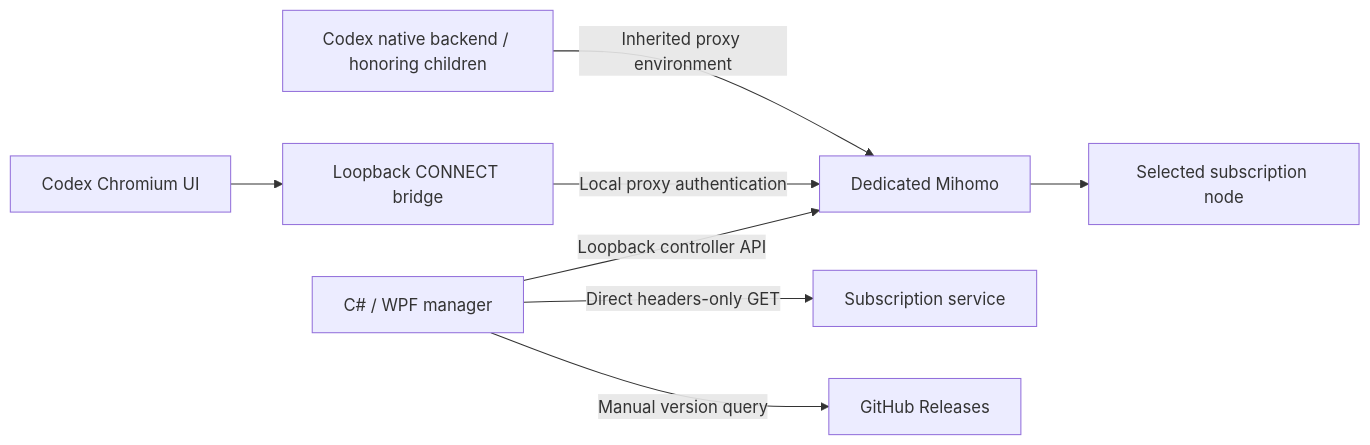
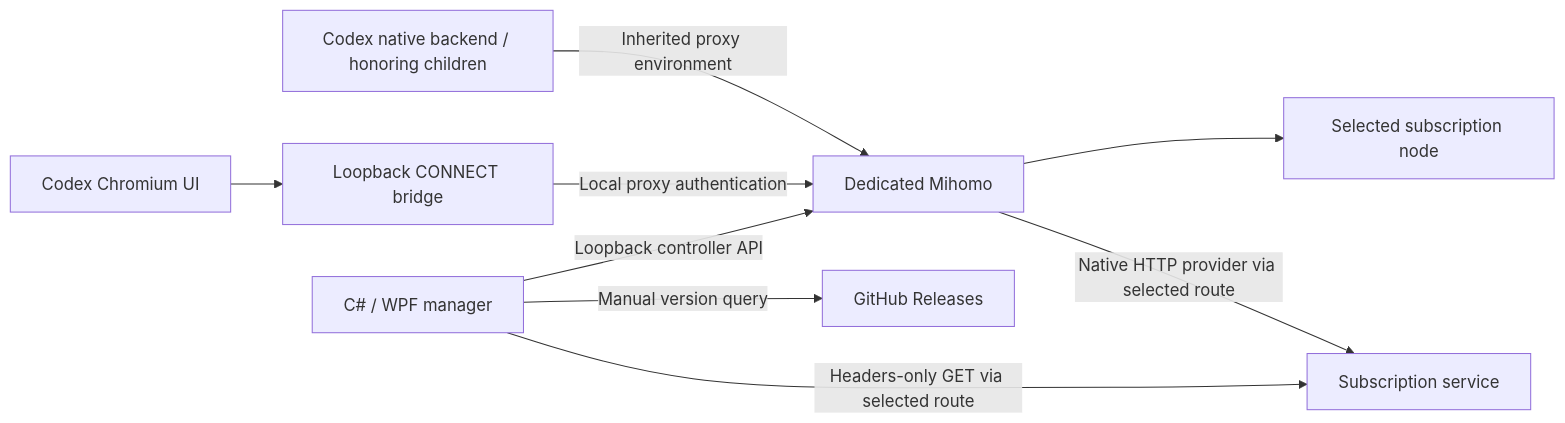
The diagram in docs/ARCHITECTURE.md (tangboys/CodexProxy), drawn with Mermaid before and after one commit. The commit also changed other lines of this file and 27 other files, not shown here.

````diff
--- a/docs/ARCHITECTURE.md
+++ b/docs/ARCHITECTURE.md
@@ -5,10 +5,11 @@
 ```mermaid
 flowchart LR
   UI["C# / WPF manager"] -->|"Loopback controller API"| Core["Dedicated Mihomo"]
   Desktop["Codex Chromium UI"] --> Bridge["Loopback CONNECT bridge"]
   Bridge -->|"Local proxy authentication"| Core
   Backend["Codex native backend / honoring children"] -->|"Inherited proxy environment"| Core
   Core --> Node["Selected subscription node"]
-  UI -->|"Direct headers-only GET"| Provider["Subscription service"]
+  UI -->|"Headers-only GET via selected route"| Provider["Subscription service"]
+  Core -->|"Native HTTP provider via selected route"| Provider
   UI -->|"Manual version query"| GitHub["GitHub Releases"]
 ```
````
